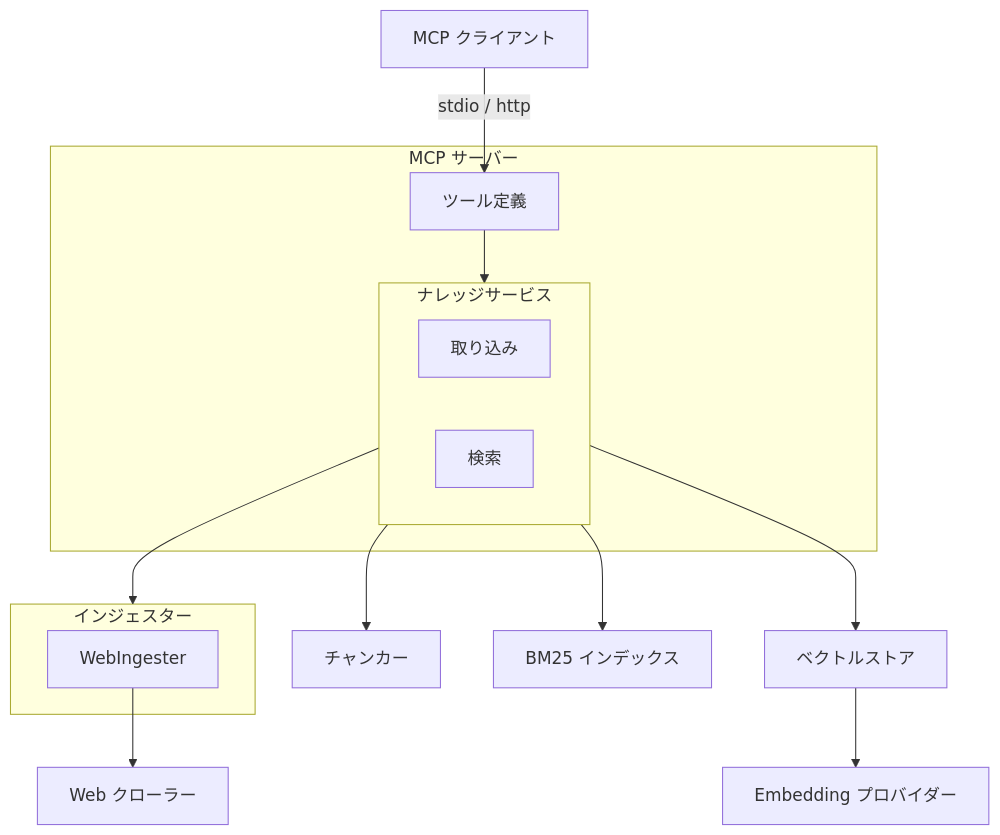
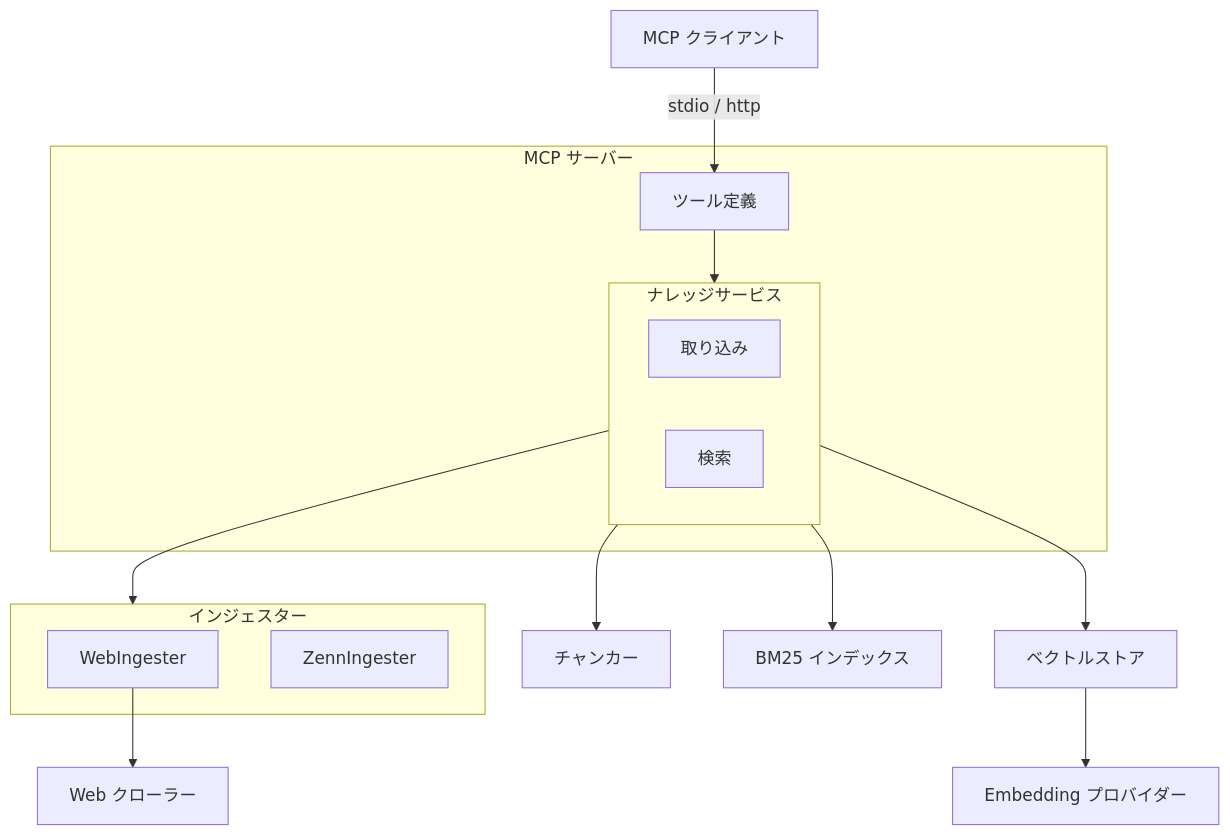
Before and after one commit to becky3/rag-knowledge: the first of 4 diagrams in docs/specs/rag-knowledge.md, drawn with Mermaid. The commit also changed other lines of this file and 9 other files, not shown here.

First line of the commit message:
feat(zenn-ingester): Zenn API 経由での記事取り込み機能を実装 (#114)

````diff
--- a/docs/specs/rag-knowledge.md
+++ b/docs/specs/rag-knowledge.md
@@ -74,31 +79,32 @@
 ```mermaid
 flowchart TB
     CLIENT["MCP クライアント"]
 
     subgraph MCP["MCP サーバー"]
         TOOLS["ツール定義"]
         subgraph Service["ナレッジサービス"]
             INGEST["取り込み"]
             RETRIEVE["検索"]
         end
     end
 
     subgraph Ingesters["インジェスター"]
         WING["WebIngester"]
+        ZING["ZennIngester"]
     end
 
     CRAWLER["Web クローラー"]
     CHUNKER["チャンカー"]
     VECTOR["ベクトルストア"]
     BM25["BM25 インデックス"]
     EMBED["Embedding プロバイダー"]
 
     CLIENT -->|stdio / http| TOOLS
     TOOLS --> Service
     Service --> Ingesters
     WING --> CRAWLER
     Service --> CHUNKER
     Service --> VECTOR
     Service --> BM25
     VECTOR --> EMBED
 ```
````
